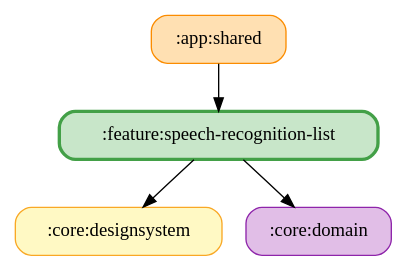
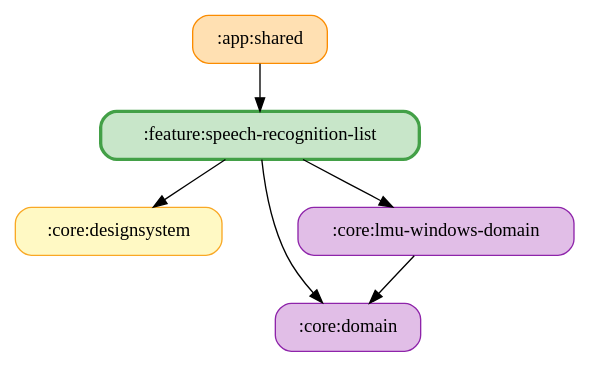
One commit to ai-kurou/KoDriver changed the diagram in docs/graphs/feature-speech-recognition-list.gv. Above: the diagram before and after it, drawn with Graphviz. The commit also changed 5 other files, not shown here.

Commit message:
chore: update module graph images

```diff
--- a/docs/graphs/feature-speech-recognition-list.gv
+++ b/docs/graphs/feature-speech-recognition-list.gv
@@ -1,11 +1,14 @@
 digraph G {
   rankdir=TB
   node [shape=box, style="rounded,filled"]
   ":app:shared" [fillcolor="#FFE0B2", color="#FB8C00", penwidth=1]
   ":core:designsystem" [fillcolor="#FFF9C4", color="#F9A825", penwidth=1]
   ":core:domain" [fillcolor="#E1BEE7", color="#8E24AA", penwidth=1]
+  ":core:lmu-windows-domain" [fillcolor="#E1BEE7", color="#8E24AA", penwidth=1]
   ":feature:speech-recognition-list" [fillcolor="#C8E6C9", color="#43A047", penwidth=2.5]
   ":app:shared" -> ":feature:speech-recognition-list"
+  ":core:lmu-windows-domain" -> ":core:domain"
   ":feature:speech-recognition-list" -> ":core:domain"
   ":feature:speech-recognition-list" -> ":core:designsystem"
+  ":feature:speech-recognition-list" -> ":core:lmu-windows-domain"
 }
```
